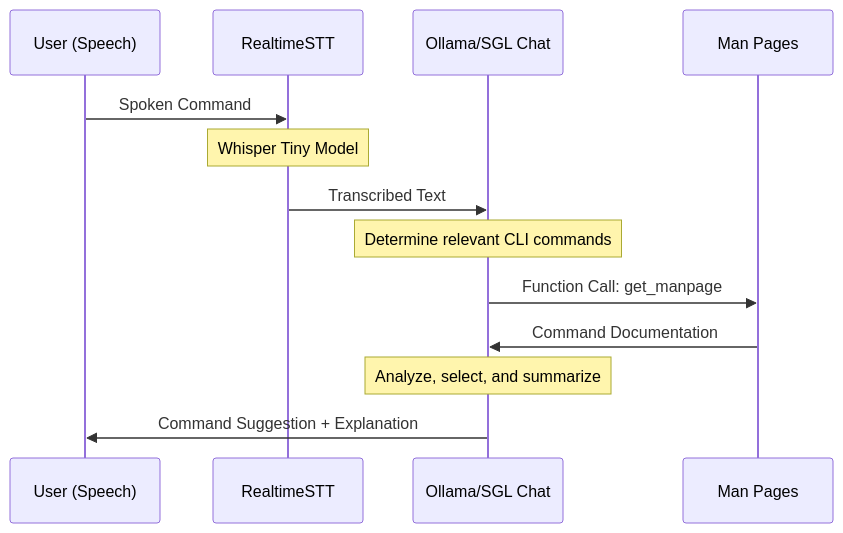
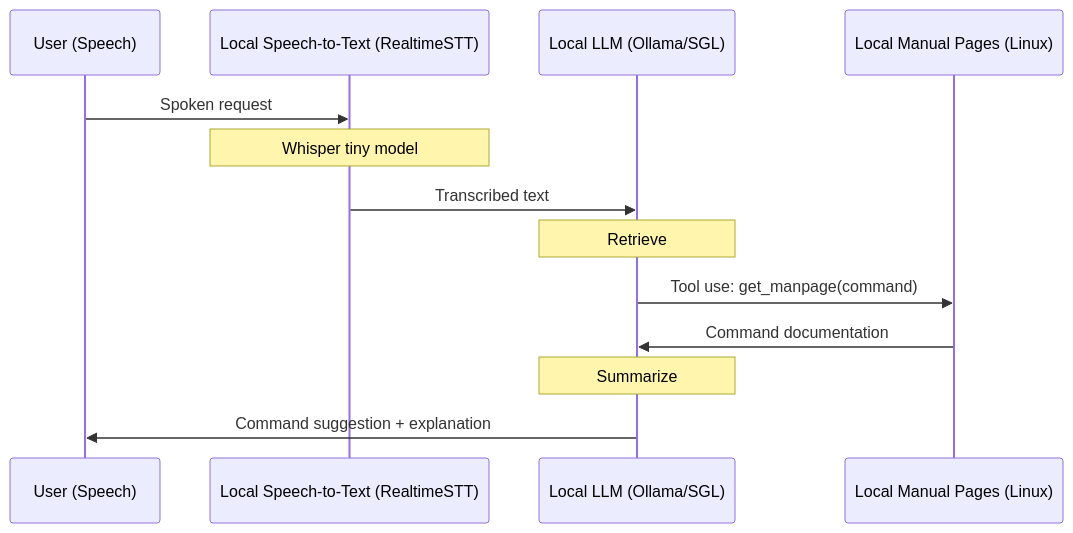
The diagram in README.md (ownage-labs/cerebrosonic-navigator), drawn with Mermaid before and after one commit. The commit also changed other lines of this file and 3 other files, not shown here.

````diff
--- a/README.md
+++ b/README.md
@@ -13,17 +13,16 @@
 ```mermaid
 sequenceDiagram
     participant User as User (Speech)
-    participant STT as RealtimeSTT
-    participant LLM as Ollama/SGL Chat
-    participant Man as Man Pages
+    participant STT as Local Speech-to-Text (RealtimeSTT)
+    participant LLM as Local LLM (Ollama/SGL)
+    participant Man as Local Manual Pages (Linux)
 
-
-    User->>STT: Spoken Command
-    Note over STT: Whisper Tiny Model
-    STT->>LLM: Transcribed Text
-    Note over LLM: Determine relevant CLI commands
-    LLM->>Man: Function Call: get_manpage
-    Man->>LLM: Command Documentation
-    Note over LLM: Analyze, select, and summarize
-    LLM->>User: Command Suggestion + Explanation
+    User->>STT: Spoken request
+    Note over STT: Whisper tiny model
+    STT->>LLM: Transcribed text
+    Note over LLM: Retrieve
+    LLM->>Man: Tool use: get_manpage(command)
+    Man->>LLM: Command documentation
+    Note over LLM: Summarize
+    LLM->>User: Command suggestion + explanation
 ```
````
